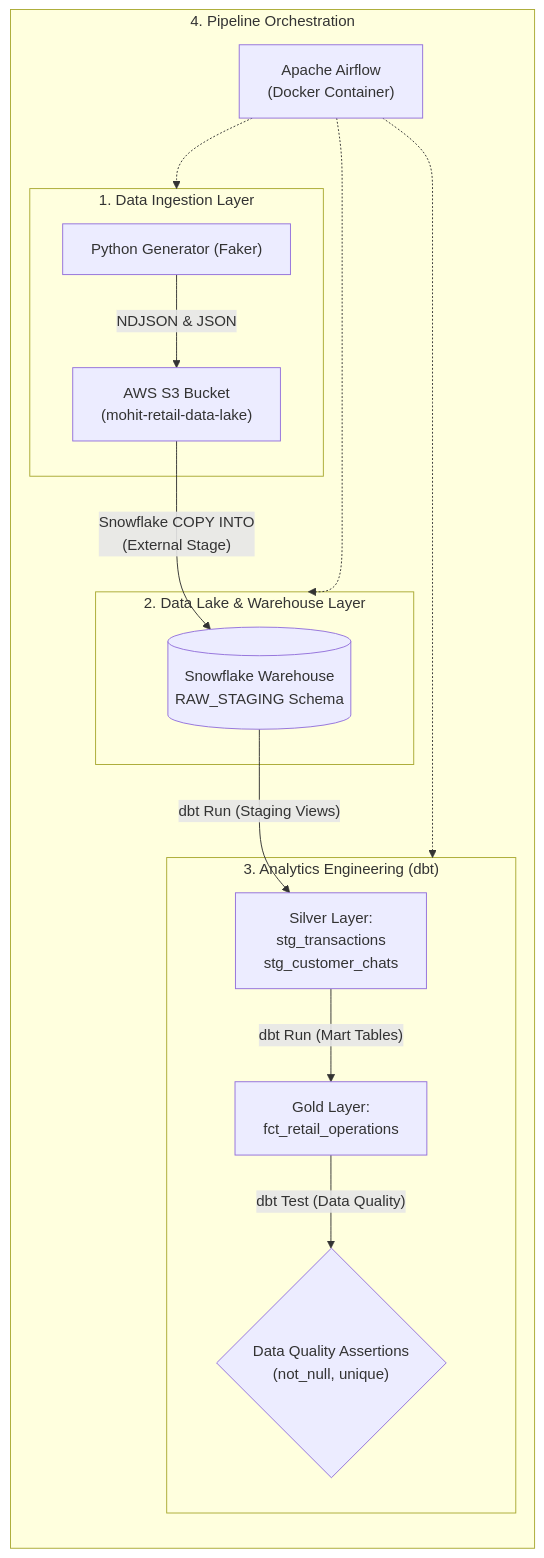
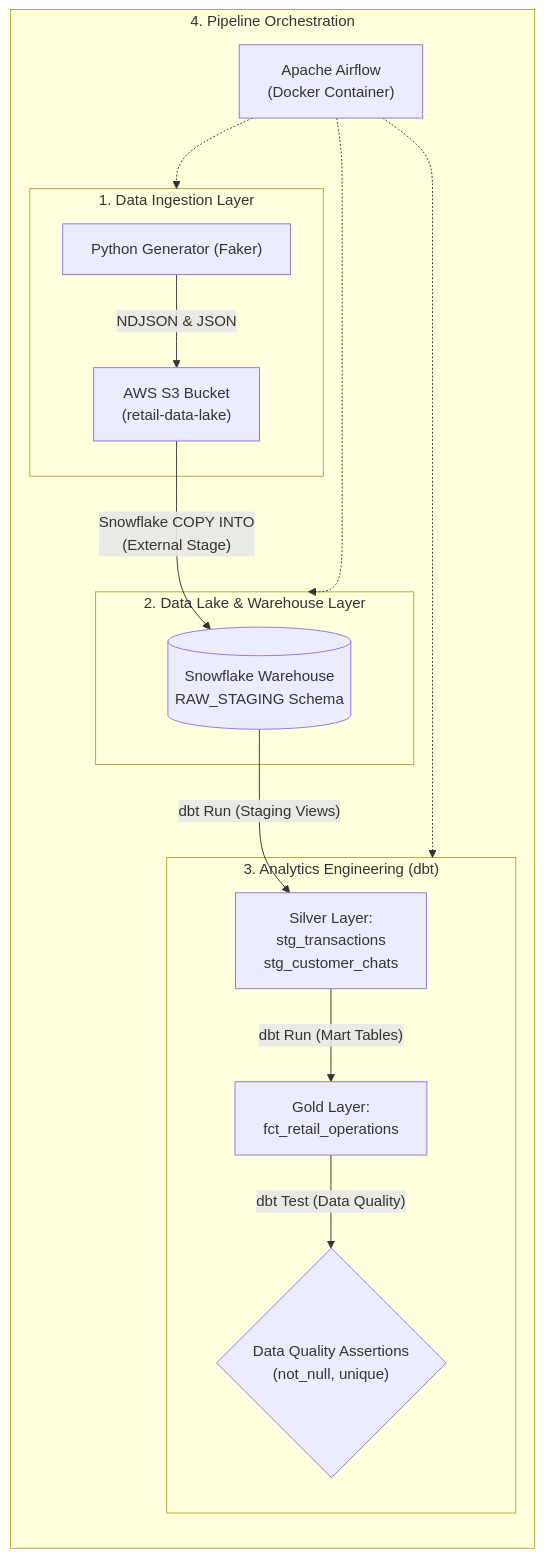
The diagram in README.md (mohitverma777/retail_cloud_data_pipeline), drawn with Mermaid before and after one commit.

Commit message:
Change S3 Bucket name in README flowchart
Updated the AWS S3 Bucket name in the flowchart.

````diff
--- a/README.md
+++ b/README.md
@@ -16,22 +16,22 @@
 ```mermaid
 flowchart LR
     subgraph Ingestion ["1. Data Ingestion Layer"]
-        A["Python Generator (Faker)"] -->|"NDJSON & JSON"| B["AWS S3 Bucket\n(mohit-retail-data-lake)"]
+        A["Python Generator (Faker)"] -->|"NDJSON & JSON"| B["AWS S3 Bucket\n(retail-data-lake)"]
     end
 
     subgraph Staging ["2. Data Lake & Warehouse Layer"]
         B -->|"Snowflake COPY INTO\n(External Stage)"| C[("Snowflake Warehouse\nRAW_STAGING Schema")]
     end
 
     subgraph Transformation ["3. Analytics Engineering (dbt)"]
         C -->|"dbt Run (Staging Views)"| D["Silver Layer:\nstg_transactions\nstg_customer_chats"]
         D -->|"dbt Run (Mart Tables)"| E["Gold Layer:\nfct_retail_operations"]
         E -->|"dbt Test (Data Quality)"| F{"Data Quality Assertions\n(not_null, unique)"}
     end
 
     subgraph Orchestration ["4. Pipeline Orchestration"]
         G["Apache Airflow\n(Docker Container)"] .-> Ingestion
         G .-> Staging
         G .-> Transformation
     end
 ```
````
